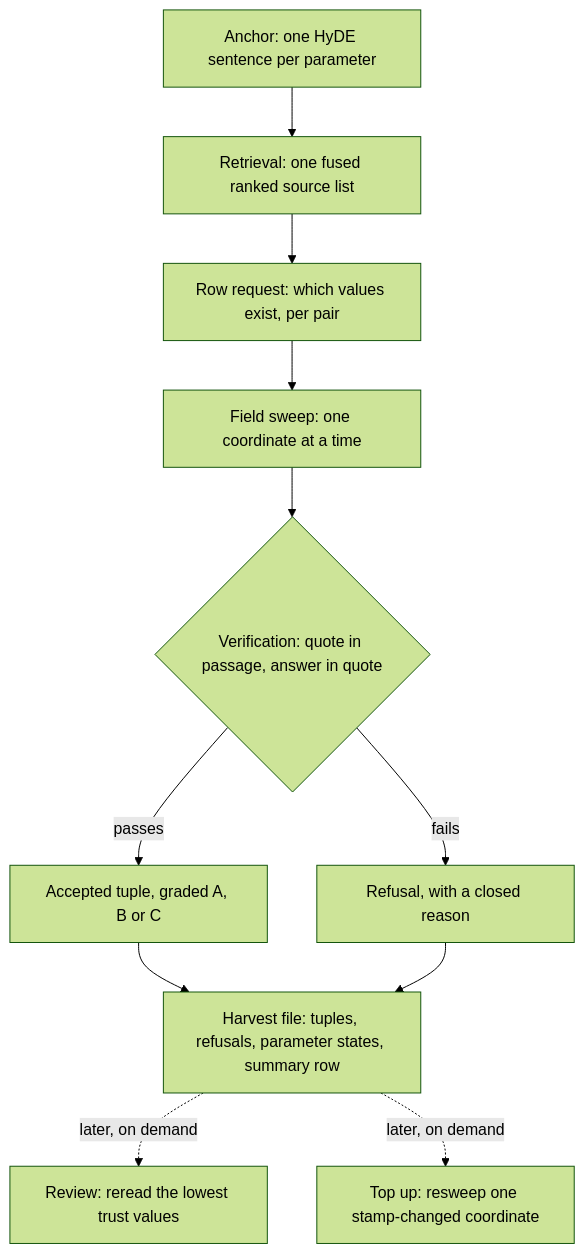
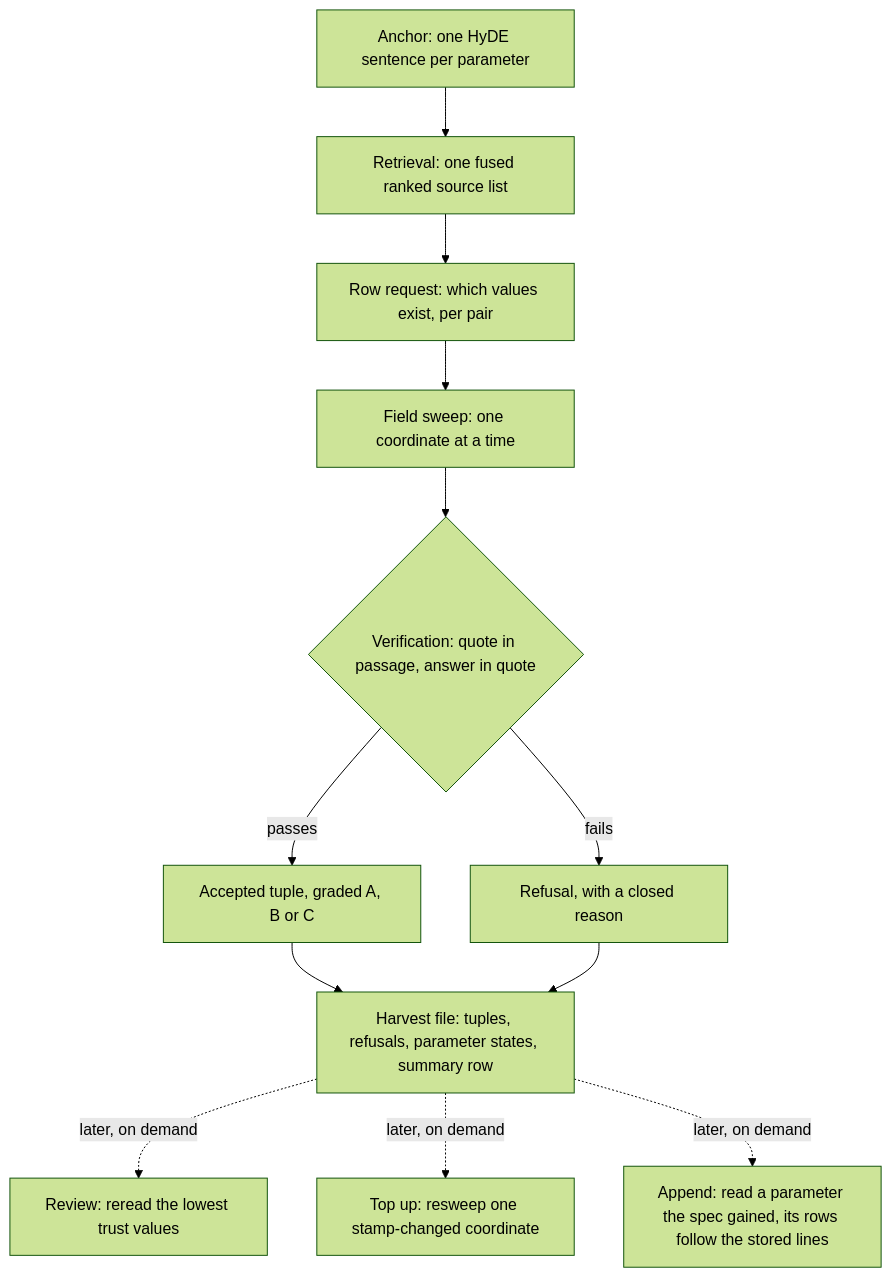
Before and after one commit to OpenEnergyPlatform/municipal-heat-planning-pdf-processing: the first of 2 diagrams in docs/_intros/stages/extraction.md, drawn with Mermaid (forest theme). The commit also changed other lines of this file and 197 other files, not shown here.

````diff
--- a/docs/_intros/stages/extraction.md
+++ b/docs/_intros/stages/extraction.md
@@ -43,13 +43,14 @@
 ```mermaid
 flowchart TD
     anchor[Anchor: one HyDE sentence per parameter] --> retrieve[Retrieval: one fused ranked source list]
     retrieve --> rows[Row request: which values exist, per pair]
     rows --> sweep[Field sweep: one coordinate at a time]
     sweep --> verify{Verification: quote in passage, answer in quote}
     verify -->|passes| tuple[Accepted tuple, graded A, B or C]
     verify -->|fails| refusal[Refusal, with a closed reason]
     tuple --> harvest[Harvest file: tuples, refusals, parameter states, summary row]
     refusal --> harvest
     harvest -. later, on demand .-> review[Review: reread the lowest trust values]
     harvest -. later, on demand .-> topup[Top up: resweep one stamp-changed coordinate]
+    harvest -. later, on demand .-> append[Append: read a parameter the spec gained, its rows follow the stored lines]
 ```
````
